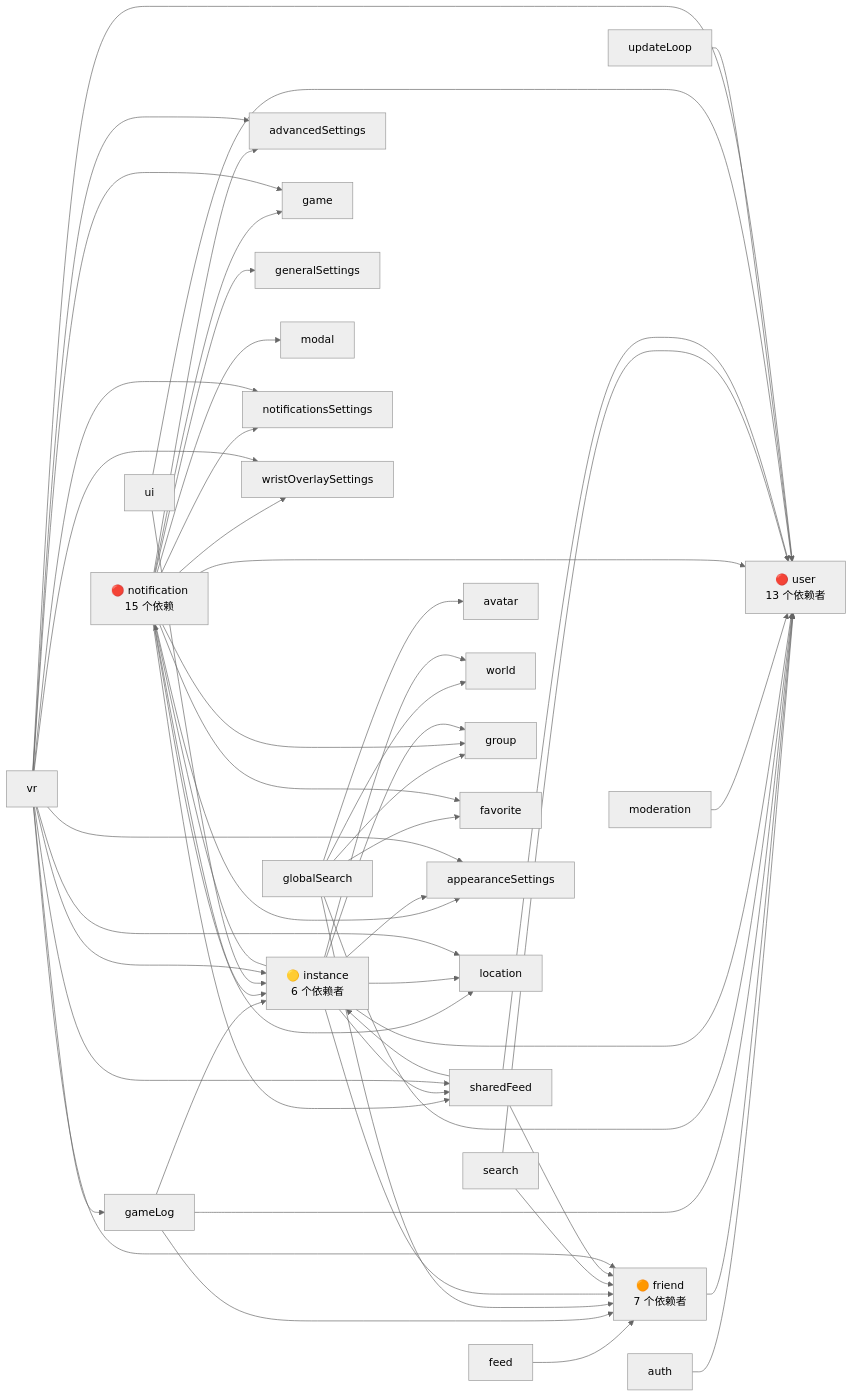
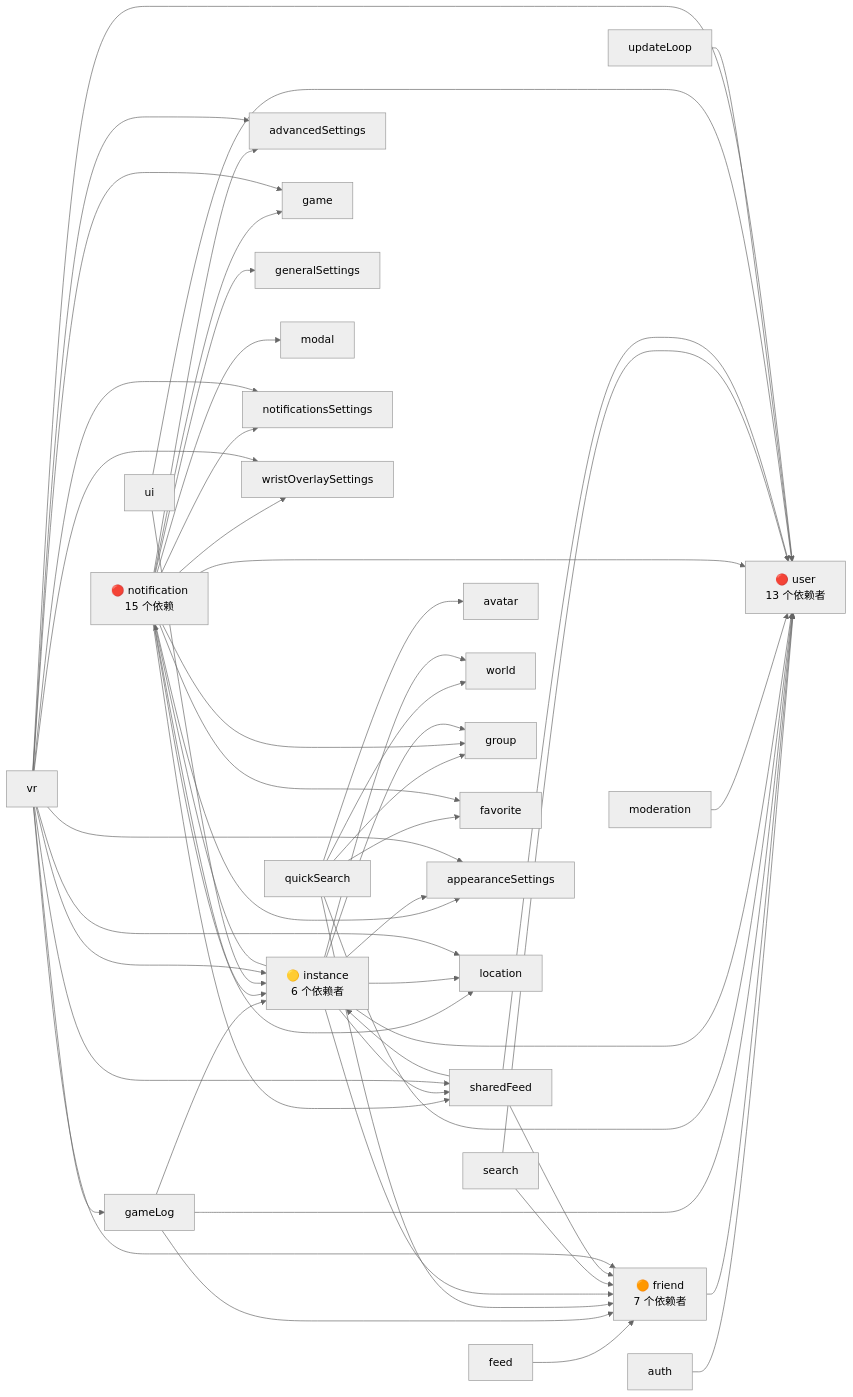
Before and after one commit to Map1en/vrcx-docs: the diagram in zh/architecture/dependencies.md, drawn with Mermaid (neutral theme). The commit also changed 11 other files, not shown here.

Commit message:
update quick search

````diff
--- a/zh/architecture/dependencies.md
+++ b/zh/architecture/dependencies.md
@@ -5,76 +5,76 @@
 ```mermaid
 graph LR
     %% 高风险节点（红色）
     user["🔴 user<br/>13 个依赖者"]
     notification["🔴 notification<br/>15 个依赖"]
     
     %% 中高风险（橙色）
     friend["🟠 friend<br/>7 个依赖者"]
     instance["🟡 instance<br/>6 个依赖者"]
     
     %% 依赖 user 的 store
     auth --> user
     friend --> user
     gameLog --> user
-    globalSearch --> user
+    quickSearch --> user
     instance --> user
     moderation --> user
     notification --> user
     search --> user
     sharedFeed --> user
     ui --> user
     updateLoop --> user
     vr --> user
 
     %% 依赖 friend 的 store
     feed --> friend
     gameLog --> friend
-    globalSearch --> friend
+    quickSearch --> friend
     instance --> friend
     search --> friend
     sharedFeed --> friend
     vr --> friend
 
-    %% globalSearch 的额外依赖（Web Worker 内使用）
-    globalSearch --> avatar
-    globalSearch --> world
-    globalSearch --> group
-    globalSearch --> favorite
+    %% quickSearch 的额外依赖（Web Worker 内使用）
+    quickSearch --> avatar
+    quickSearch --> world
+    quickSearch --> group
+    quickSearch --> favorite
 
     %% 依赖 instance 的 store
     gameLog --> instance
     notification --> instance
     sharedFeed --> instance
     ui --> instance
     vr --> instance
 
     %% notification 的依赖（它导入了很多 store）
     notification --> advancedSettings
     notification --> appearanceSettings
     notification --> favorite
     notification --> game
     notification --> generalSettings
     notification --> group
     notification --> location
     notification --> modal
     notification --> notificationsSettings
     notification --> sharedFeed
     notification --> wristOverlaySettings
 
     %% 其他重要依赖
     instance --> appearanceSettings
     instance --> group
     instance --> location
     instance --> notification
     instance --> sharedFeed
     instance --> world
 
     vr --> advancedSettings
     vr --> appearanceSettings
     vr --> gameLog
     vr --> game
     vr --> location
     vr --> notificationsSettings
     vr --> sharedFeed
     vr --> wristOverlaySettings
 ```
````
